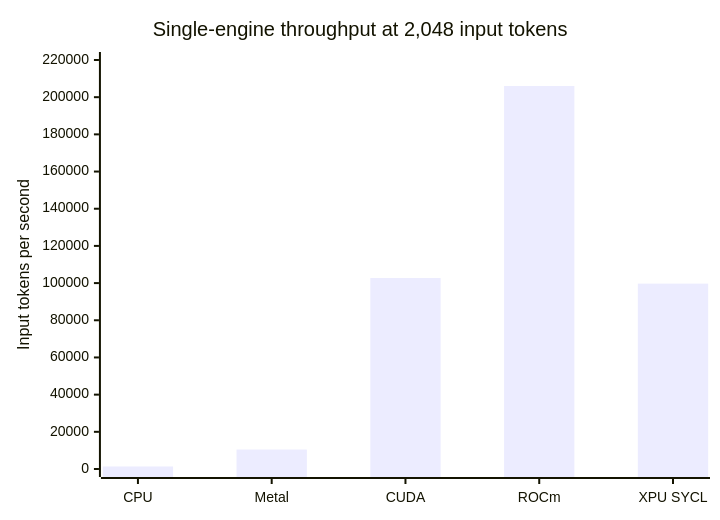
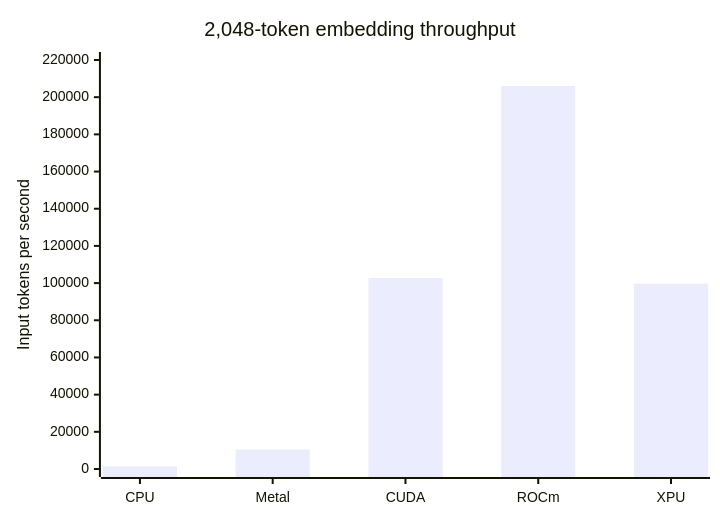
The diagram in README.md (QuixiAI/embeddinggemma.c), drawn with Mermaid before and after one commit. The commit also changed other lines of this file and 8 other files, not shown here.

````diff
--- a/README.md
+++ b/README.md
@@ -488,7 +116,7 @@
 ```mermaid
 xychart-beta
-    title "Single-engine throughput at 2,048 input tokens"
-    x-axis ["CPU", "Metal", "CUDA", "ROCm", "XPU SYCL"]
+    title "2,048-token embedding throughput"
+    x-axis ["CPU", "Metal", "CUDA", "ROCm", "XPU"]
     y-axis "Input tokens per second" 0 --> 220000
     bar [1350, 10465, 102755, 206011, 99708]
 ```
````
